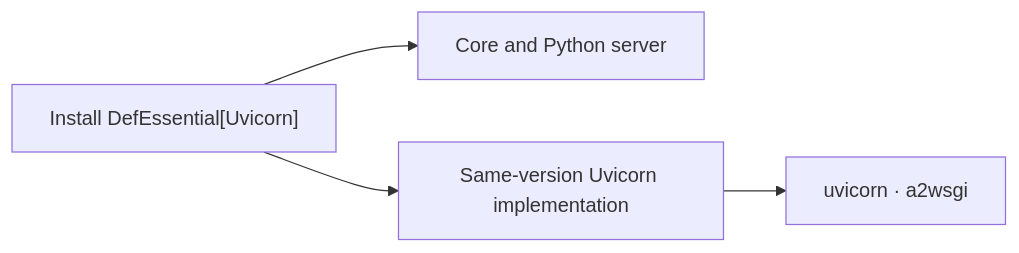
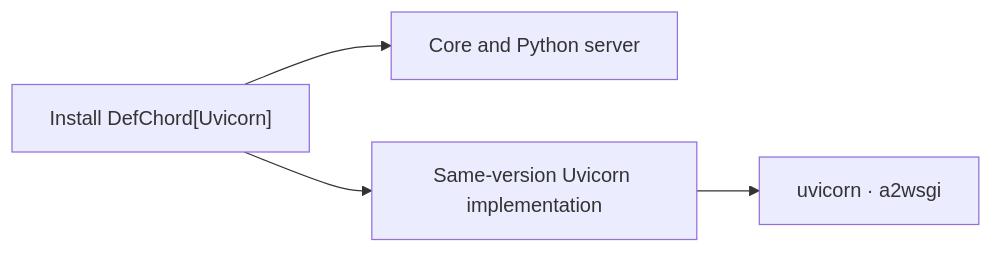
Before and after one commit to yong5eon/DefChord: the diagram in docs/Packaging.en.md, drawn with Mermaid. The commit also changed other lines of this file and 132 other files, not shown here.

First line of the commit message:
DefChord 제품 식별자와 문서 정리

````diff
--- a/docs/Packaging.en.md
+++ b/docs/Packaging.en.md
@@ -11,6 +13,6 @@
 ```mermaid
 flowchart LR
-  A["Install DefEssential[Uvicorn]"] --> B["Core and Python server"]
+  A["Install DefChord[Uvicorn]"] --> B["Core and Python server"]
   A --> C["Same-version Uvicorn implementation"]
   C --> D["uvicorn · a2wsgi"]
 ```
````
